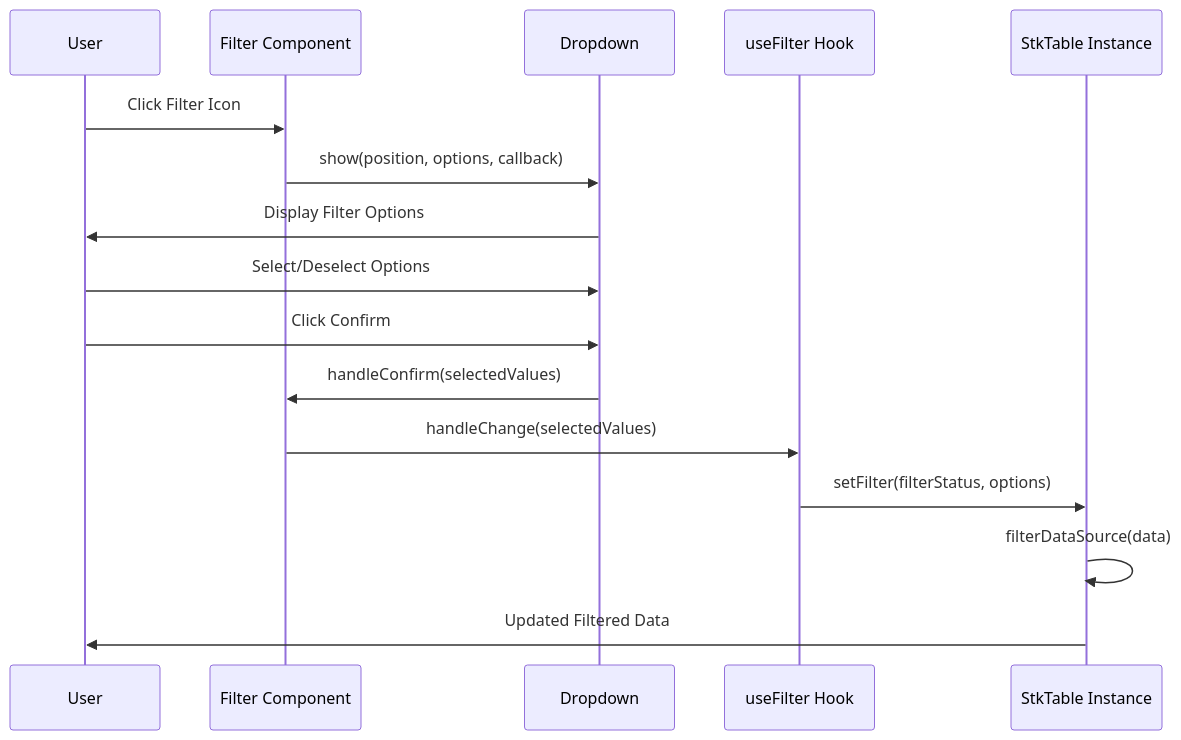
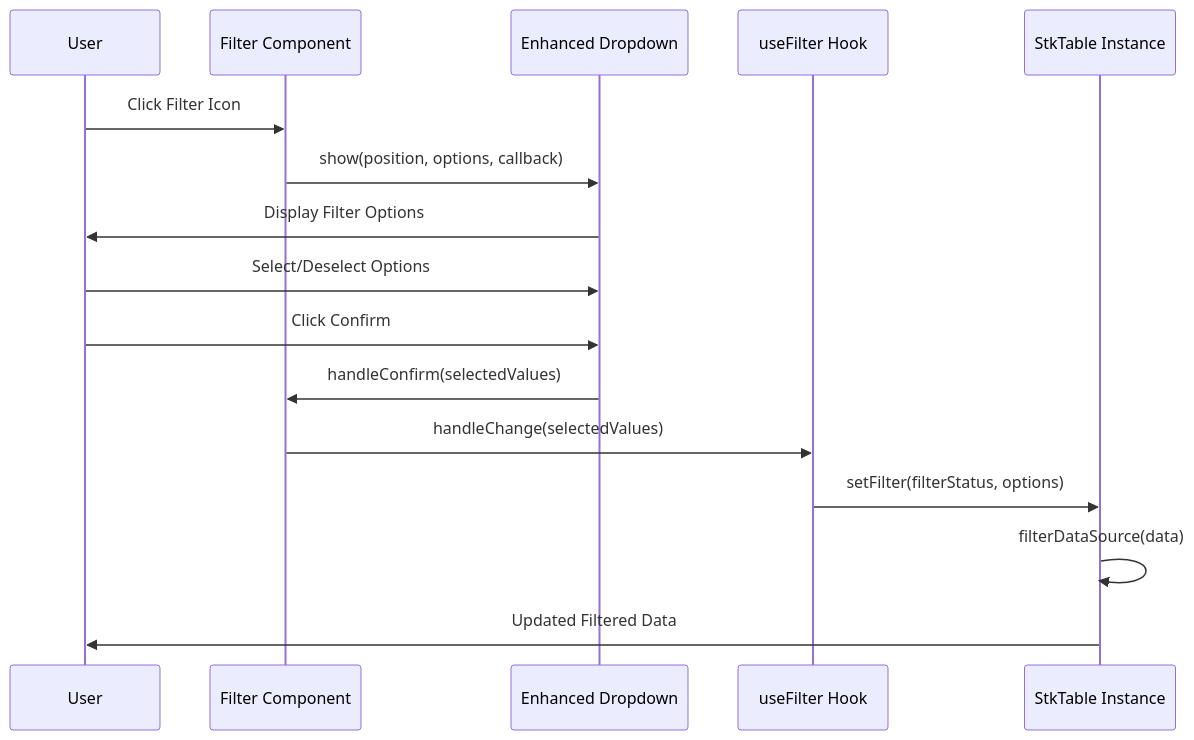
One commit to ja-plus/stk-table-vue changed the eighth of 9 diagrams in .qoder/repowiki/en/content/Basic Features/Filter System.md. Above: the diagram before and after it, drawn with Mermaid. The commit also changed other lines of this file and 9 other files, not shown here.

````diff
--- a/.qoder/repowiki/en/content/Basic Features/Filter System.md
+++ b/.qoder/repowiki/en/content/Basic Features/Filter System.md
@@ -224,18 +300,18 @@
 ```mermaid
 sequenceDiagram
 participant User as User
 participant FilterUI as Filter Component
-participant Dropdown as Dropdown
+participant Dropdown as Enhanced Dropdown
 participant Hook as useFilter Hook
 participant StkTable as StkTable Instance
 User->>FilterUI : Click Filter Icon
 FilterUI->>Dropdown : show(position, options, callback)
 Dropdown->>User : Display Filter Options
 User->>Dropdown : Select/Deselect Options
 User->>Dropdown : Click Confirm
 Dropdown->>FilterUI : handleConfirm(selectedValues)
 FilterUI->>Hook : handleChange(selectedValues)
 Hook->>StkTable : setFilter(filterStatus, options)
 StkTable->>StkTable : filterDataSource(data)
 StkTable->>User : Updated Filtered Data
 ```
````
